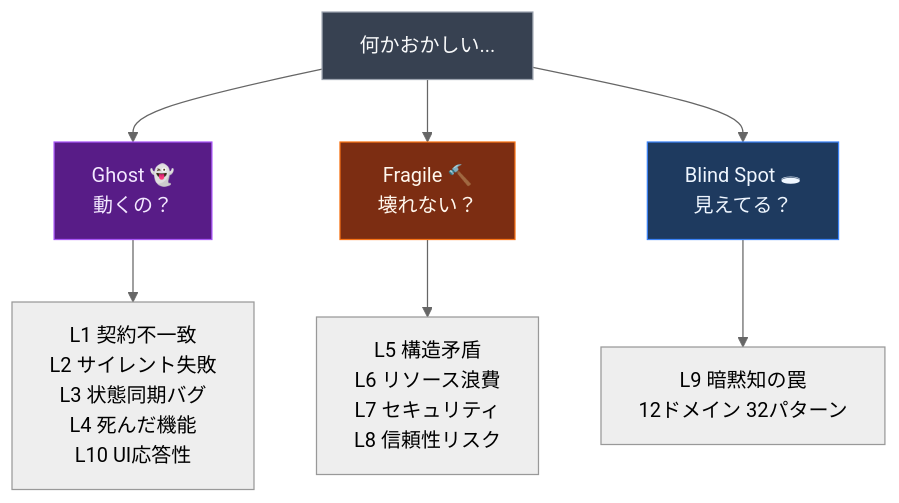
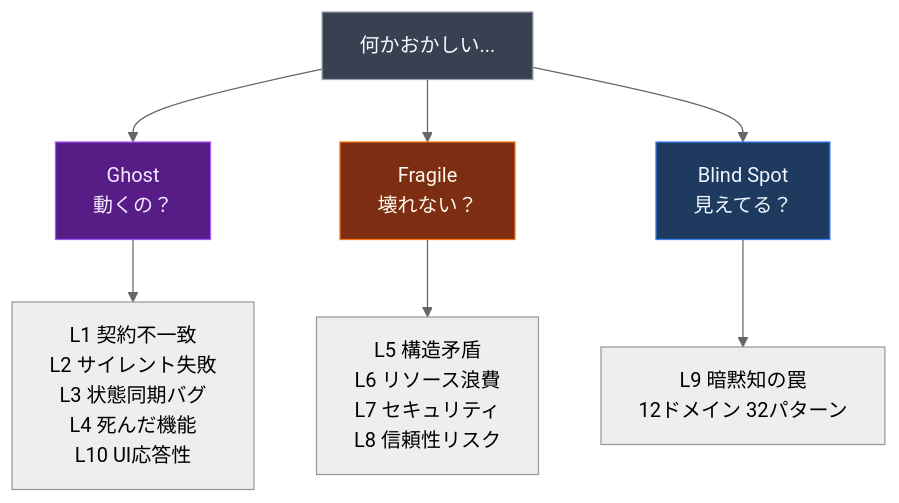
Before and after one commit to ohyesiamy/web-anomaly-detector: the second of 4 diagrams in README.md, drawn with Mermaid (neutral theme). The commit also changed other lines of this file, not shown here.

````diff
--- a/README.md
+++ b/README.md
@@ -66,15 +195,15 @@
 ```mermaid
 graph TB
     Q["何かおかしい..."] --> G
     Q --> F
     Q --> B
 
-    G["Ghost 👻\n動くの？"] --> G1["L1 契約不一致\nL2 サイレント失敗\nL3 状態同期バグ\nL4 死んだ機能\nL10 UI応答性"]
-    F["Fragile 🔨\n壊れない？"] --> F1["L5 構造矛盾\nL6 リソース浪費\nL7 セキュリティ\nL8 信頼性リスク"]
-    B["Blind Spot 🕳\n見えてる？"] --> B1["L9 暗黙知の罠\n12ドメイン 32パターン"]
+    G["Ghost\n動くの？"] --> G1["L1 契約不一致\nL2 サイレント失敗\nL3 状態同期バグ\nL4 死んだ機能\nL10 UI応答性"]
+    F["Fragile\n壊れない？"] --> F1["L5 構造矛盾\nL6 リソース浪費\nL7 セキュリティ\nL8 信頼性リスク"]
+    B["Blind Spot\n見えてる？"] --> B1["L9 暗黙知の罠\n12ドメイン 32パターン"]
 
     style Q fill:#374151,stroke:#9ca3af,color:#f9fafb
     style G fill:#581c87,stroke:#a855f7,color:#f3e8ff
     style F fill:#7c2d12,stroke:#f97316,color:#fff7ed
     style B fill:#1e3a5f,stroke:#3b82f6,color:#eff6ff
 ```
````
